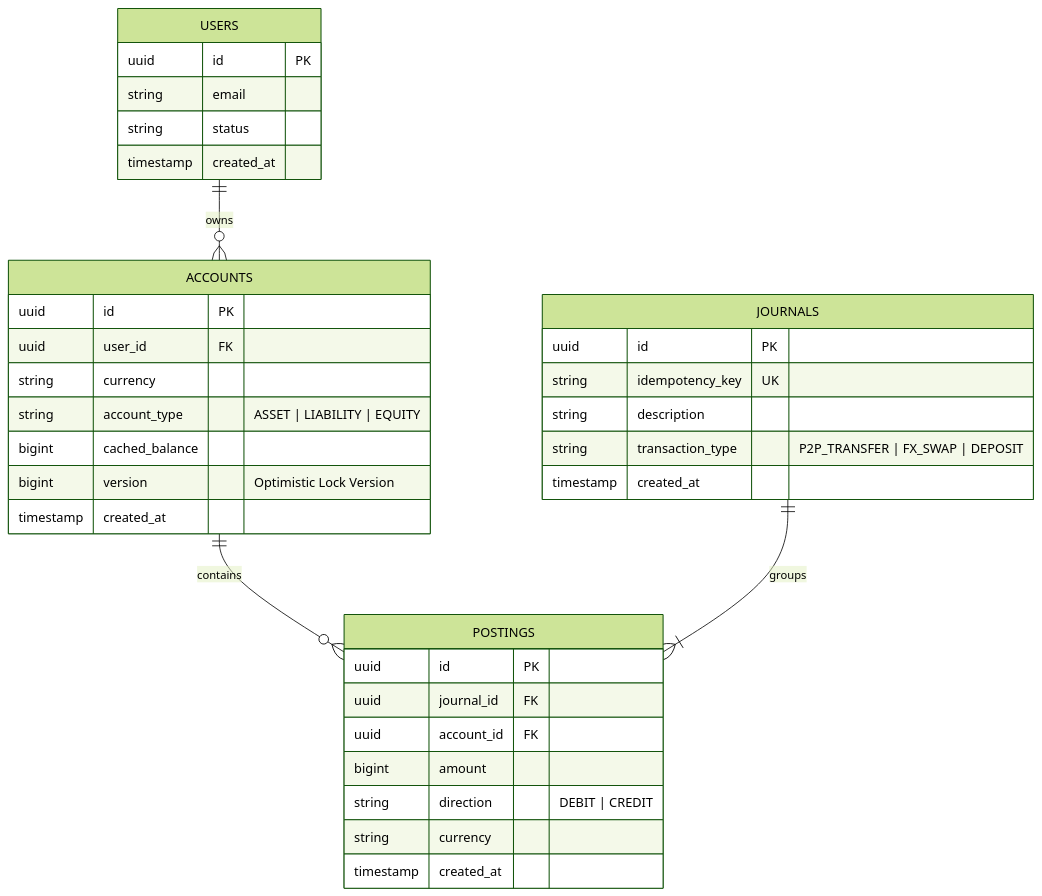
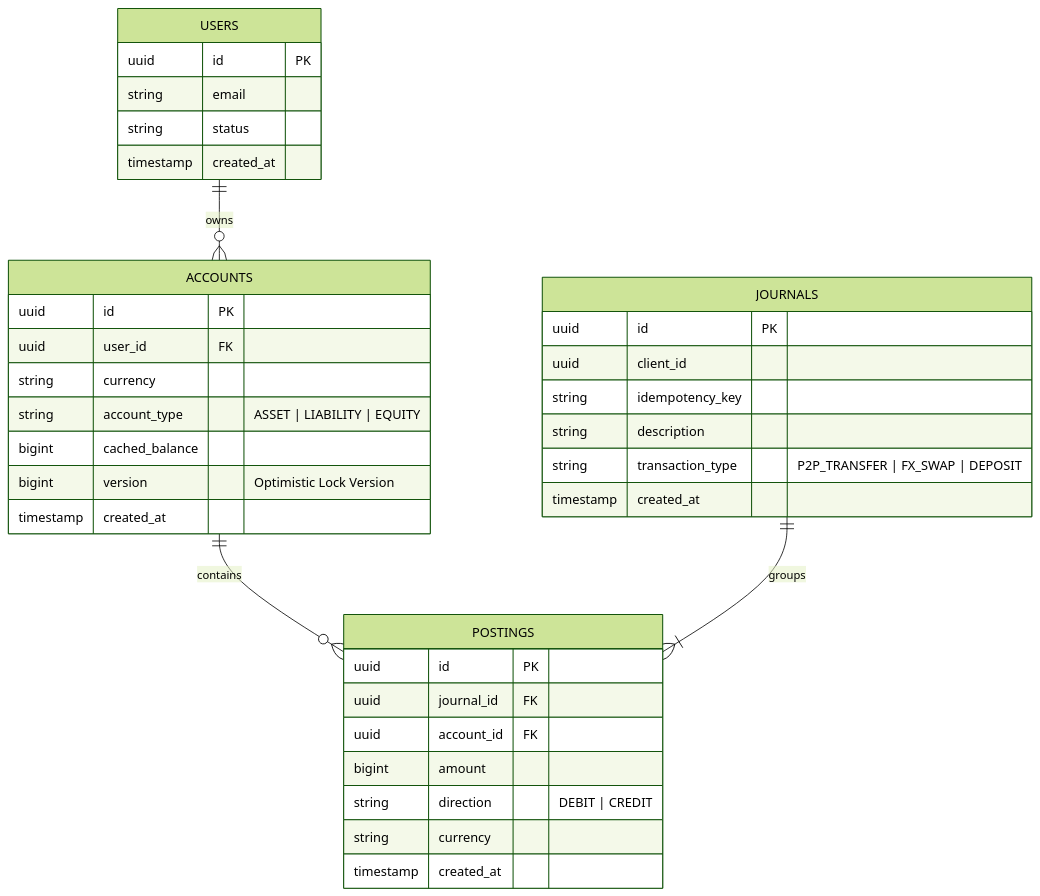
One commit to Russellleung/system-design changed the diagram in system-design/2.1-multi-currency-digital-wallet/spec-2.1-multi-currency-digital-wallet.md. Above: the diagram before and after it, drawn with Mermaid (forest theme). The commit also changed other lines of this file and 12 other files, not shown here.

````diff
--- a/system-design/2.1-multi-currency-digital-wallet/spec-2.1-multi-currency-digital-wallet.md
+++ b/system-design/2.1-multi-currency-digital-wallet/spec-2.1-multi-currency-digital-wallet.md
@@ -68,41 +74,42 @@
 ```mermaid
 erDiagram
     USERS ||--o{ ACCOUNTS : owns
     ACCOUNTS ||--o{ POSTINGS : contains
     JOURNALS ||--|{ POSTINGS : groups
     
     USERS {
         uuid id PK
         string email
         string status
         timestamp created_at
     }
 
     ACCOUNTS {
         uuid id PK
         uuid user_id FK
         string currency
         string account_type "ASSET | LIABILITY | EQUITY"
         bigint cached_balance
         bigint version "Optimistic Lock Version"
         timestamp created_at
     }
 
     JOURNALS {
         uuid id PK
-        string idempotency_key UK
+        uuid client_id
+        string idempotency_key
         string description
         string transaction_type "P2P_TRANSFER | FX_SWAP | DEPOSIT"
         timestamp created_at
     }
 
     POSTINGS {
         uuid id PK
         uuid journal_id FK
         uuid account_id FK
         bigint amount
         string direction "DEBIT | CREDIT"
         string currency
         timestamp created_at
     }
 ```
````
